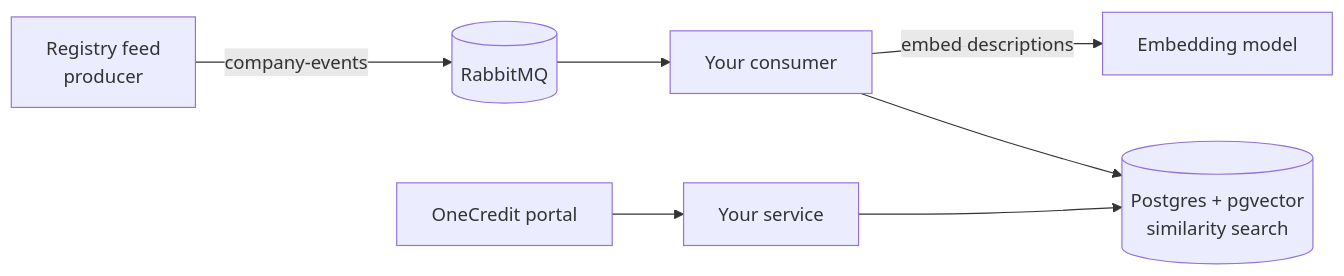
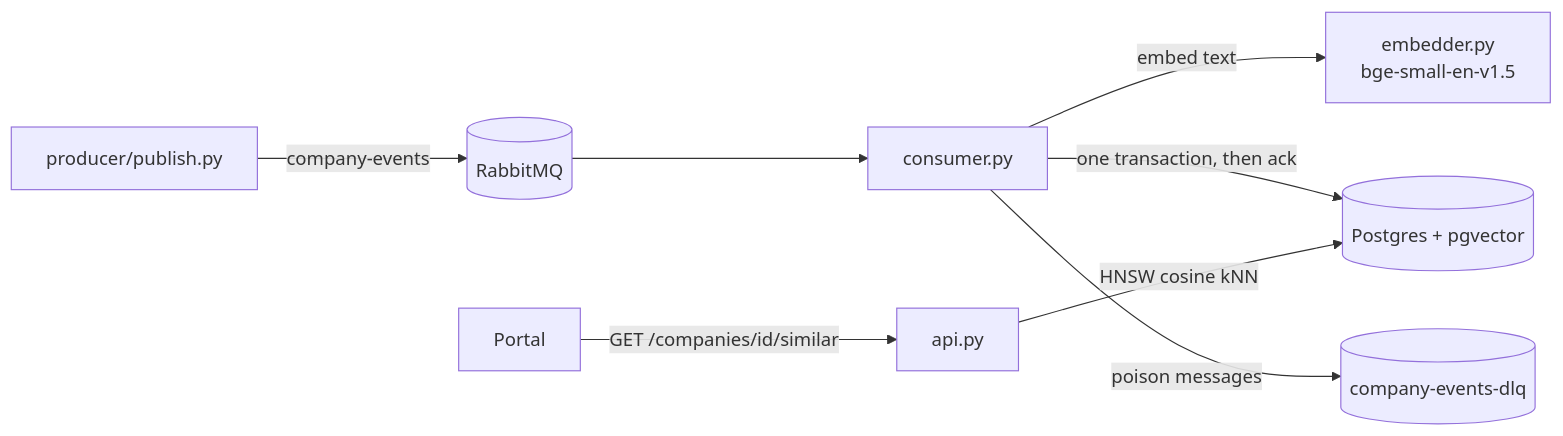
The diagram in README.md (chetancrs7/onecredit_recomm_engine), drawn with Mermaid before and after one commit. The commit also changed other lines of this file and 1 other file, not shown here.

Commit message:
docs: :memo: replace README with quickstart and architecture, keep the original brief in doc/assignment.md

````diff
--- a/README.md
+++ b/README.md
@@ -69,9 +68,10 @@
 ```mermaid
 flowchart LR
-    P[Registry feed<br/>producer] -->|company-events| Q[(RabbitMQ)]
-    Q --> C[Your consumer]
-    C -->|embed descriptions| E[Embedding model]
-    C --> D[(Postgres + pgvector<br/>similarity search)]
-    A[Your service] --> D
-    W[OneCredit portal] --> A
+    P[producer/publish.py] -->|company-events| Q[(RabbitMQ)]
+    Q --> C[consumer.py]
+    C -->|embed text| E[embedder.py<br/>bge-small-en-v1.5]
+    C -->|one transaction, then ack| D[(Postgres + pgvector)]
+    C -->|poison messages| DLQ[(company-events-dlq)]
+    A[api.py] -->|HNSW cosine kNN| D
+    W[Portal] -->|GET /companies/id/similar| A
 ```
````
